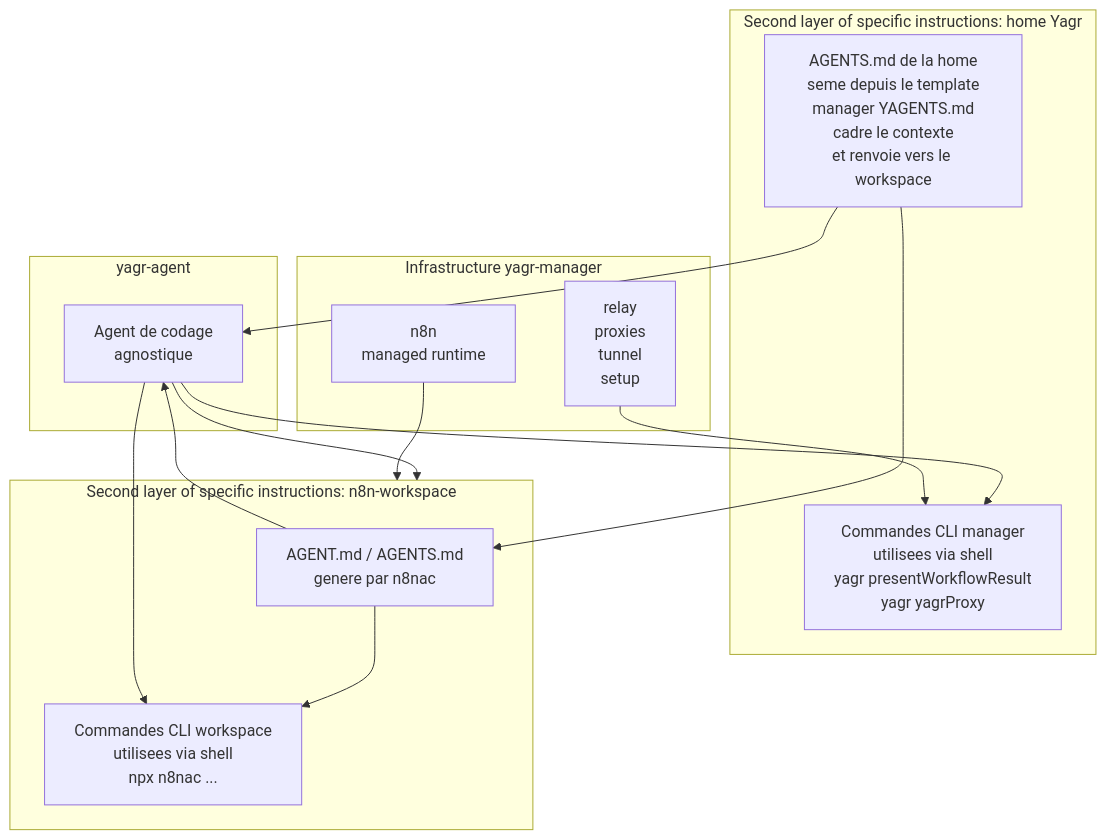
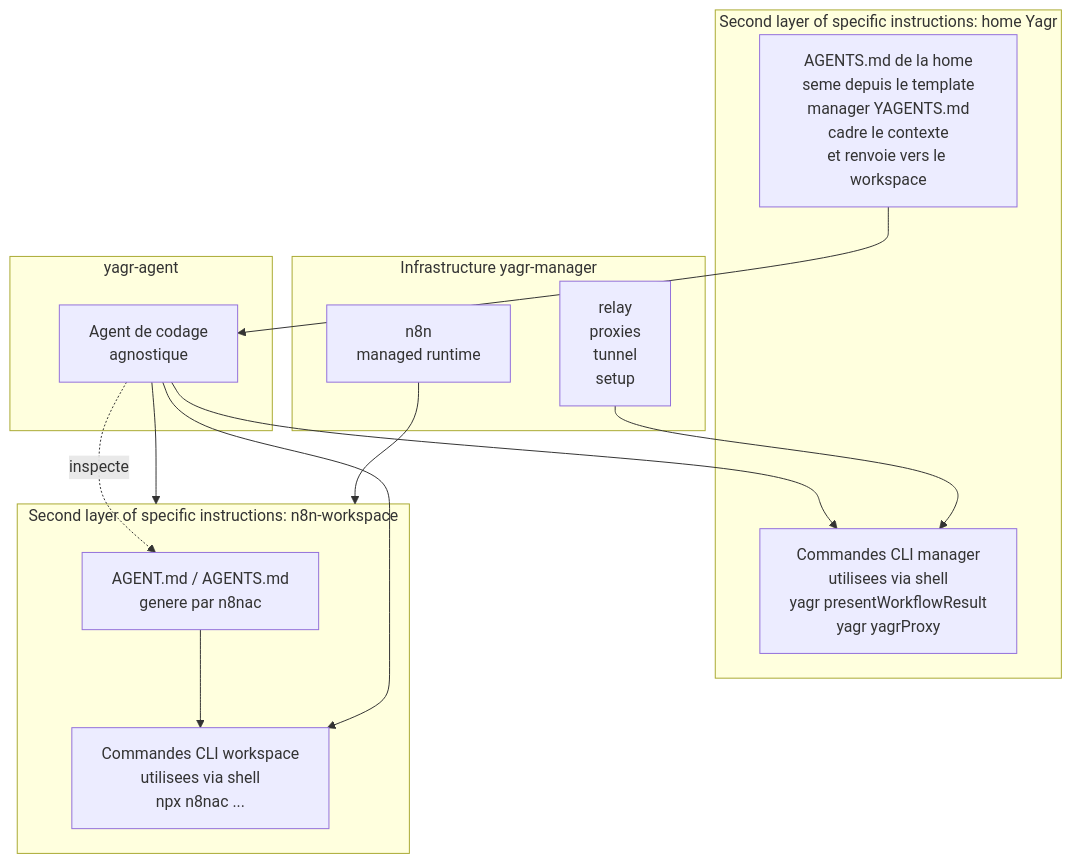
One commit to EtienneLescot/yagr changed the first of 2 diagrams in architecture/current/deepagents-agent.md. Above: the diagram before and after it, drawn with Mermaid. The commit also changed other lines of this file and 40 other files, not shown here.

Commit message:
Simplify Yagr home-root runtime architecture

````diff
--- a/architecture/current/deepagents-agent.md
+++ b/architecture/current/deepagents-agent.md
@@ -20,31 +20,30 @@
 ```mermaid
 flowchart TD
     subgraph AgentCore["yagr-agent"]
         YA[Agent de codage<br/>agnostique]
     end
 
     subgraph ManagerLayer["Second layer of specific instructions: home Yagr"]
         YI[AGENTS.md de la home<br/>seme depuis le template<br/>manager YAGENTS.md<br/>cadre le contexte<br/>et renvoie vers le workspace]
         YC[Commandes CLI manager<br/>utilisees via shell<br/>yagr presentWorkflowResult<br/>yagr yagrProxy]
     end
 
     subgraph WorkspaceContainer["Second layer of specific instructions: n8n-workspace"]
         NA[AGENT.md / AGENTS.md<br/>genere par n8nac]
         NC[Commandes CLI workspace<br/>utilisees via shell<br/>npx n8nac ...]
     end
 
     subgraph InfraLayer["Infrastructure yagr-manager"]
         NI[n8n<br/>managed runtime]
         RP[relay<br/>proxies<br/>tunnel<br/>setup]
     end
 
     YI --> YA
-    YI --> NA
-    NA --> YA
+    YA -.inspecte.-> NA
     NA --> NC
     YA --> WorkspaceContainer
     YA --> YC
     YA --> NC
     RP --> YC
     NI --> WorkspaceContainer
 ```
````
